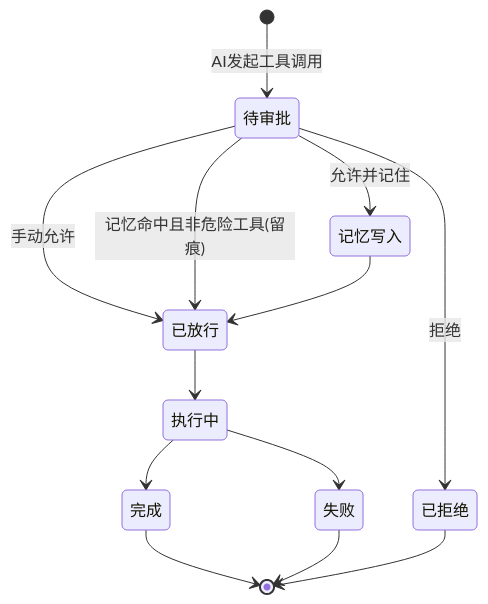
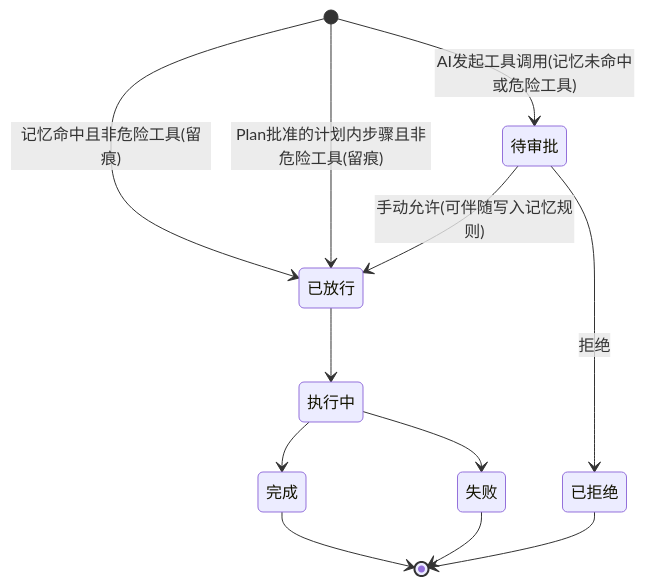
Before and after one commit to js110/pi-vscode: the eighth of 9 diagrams in prd/PRD.md, drawn with Mermaid. The commit also changed other lines of this file and 3 other files, not shown here.

````diff
--- a/prd/PRD.md
+++ b/prd/PRD.md
@@ -208,15 +443,14 @@
 ```mermaid
 stateDiagram-v2
-    [*] --> 待审批: AI发起工具调用
-    待审批 --> 已放行: 手动允许
-    待审批 --> 已放行: 记忆命中且非危险工具(留痕)
+    [*] --> 待审批: AI发起工具调用(记忆未命中或危险工具)
+    [*] --> 已放行: 记忆命中且非危险工具(留痕)
+    [*] --> 已放行: Plan批准的计划内步骤且非危险工具(留痕)
+    待审批 --> 已放行: 手动允许(可伴随写入记忆规则)
     待审批 --> 已拒绝: 拒绝
-    待审批 --> 记忆写入: 允许并记住
-    记忆写入 --> 已放行
     已放行 --> 执行中
     执行中 --> 完成
     执行中 --> 失败
     完成 --> [*]
     失败 --> [*]
     已拒绝 --> [*]
 ```
````
